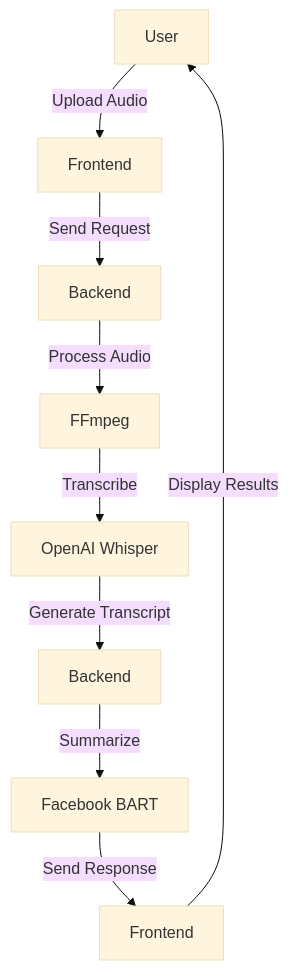
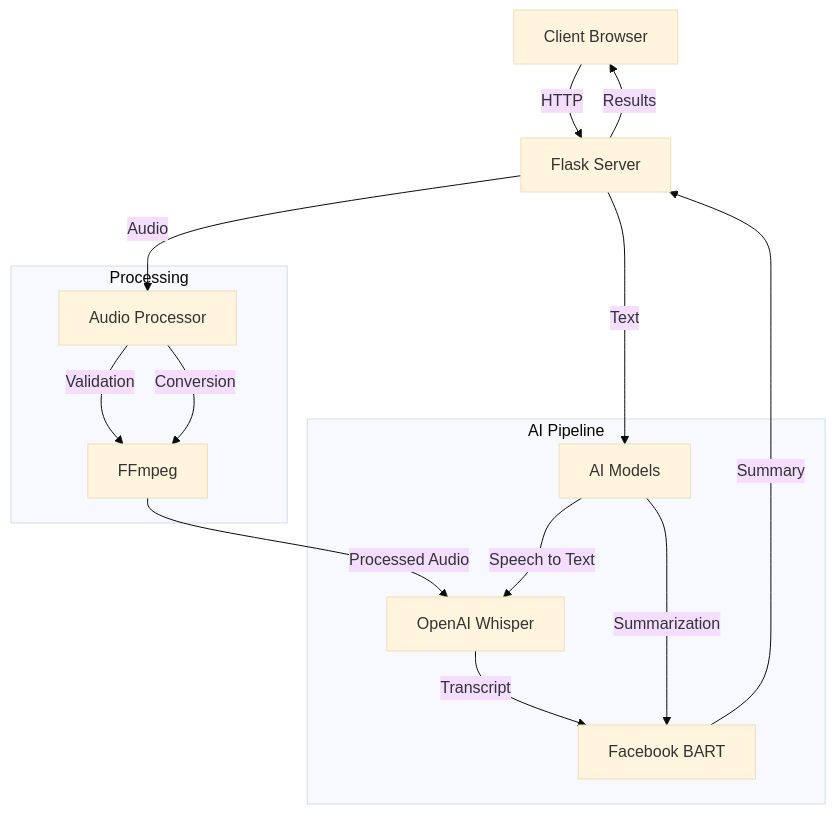
The first of 3 diagrams in ARCHITECTURE.md (ankita1477/ninjanotes), drawn with Mermaid (base theme) before and after one commit. The commit also changed other lines of this file and 1 other file, not shown here.

````diff
--- a/ARCHITECTURE.md
+++ b/ARCHITECTURE.md
@@ -19,11 +12,21 @@
 ```mermaid
-graph TD;
-    A[User] -->|Upload Audio| B[Frontend];
-    B -->|Send Request| C[Backend];
-    C -->|Process Audio| D[FFmpeg];
-    D -->|Transcribe| E[OpenAI Whisper];
-    E -->|Generate Transcript| F[Backend];
-    F -->|Summarize| G[Facebook BART];
-    G -->|Send Response| H[Frontend];
-    H -->|Display Results| A;
+graph TD
+    Client[Client Browser] -->|HTTP| Server[Flask Server]
+    Server -->|Audio| AudioProcessor[Audio Processor]
+    Server -->|Text| AIModels[AI Models]
+    
+    subgraph Processing
+        AudioProcessor -->|Validation| FFmpeg[FFmpeg]
+        AudioProcessor -->|Conversion| FFmpeg
+    end
+    
+    subgraph AI Pipeline
+        AIModels -->|Speech to Text| Whisper[OpenAI Whisper]
+        AIModels -->|Summarization| BART[Facebook BART]
+    end
+    
+    FFmpeg -->|Processed Audio| Whisper
+    Whisper -->|Transcript| BART
+    BART -->|Summary| Server
+    Server -->|Results| Client
 ```
````
